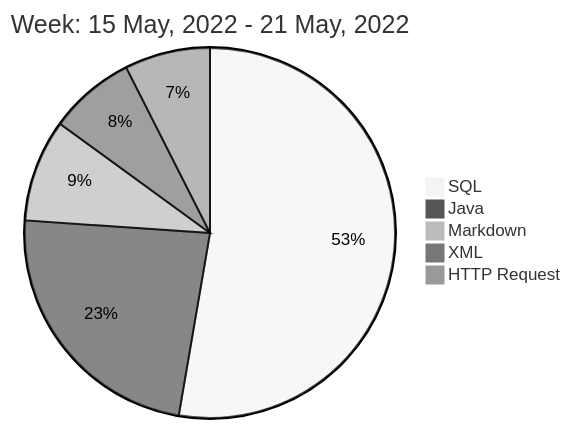
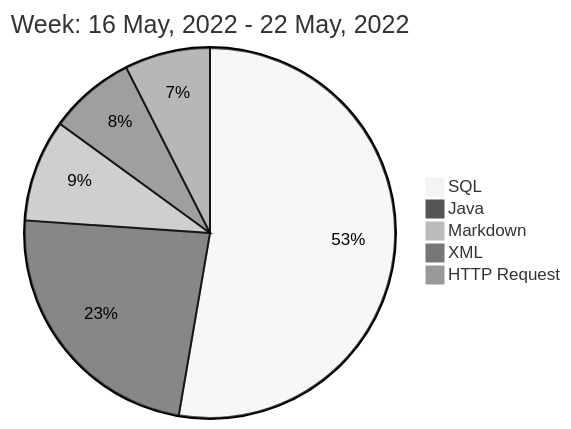
Before and after one commit to liubin95/liubin95: the diagram in README.md, drawn with Mermaid (neutral theme).

Commit message:
Updated the Graph with new Metrics

````diff
--- a/README.md
+++ b/README.md
@@ -40,9 +40,9 @@
 ```mermaid
  pie
-title Week: 15 May, 2022 - 21 May, 2022
+title Week: 16 May, 2022 - 22 May, 2022
  "SQL" : 8.97
  "Java" : 3.98
  "Markdown" : 1.52
  "XML" : 1.28
  "HTTP Request" : 1.27
 ```
````
